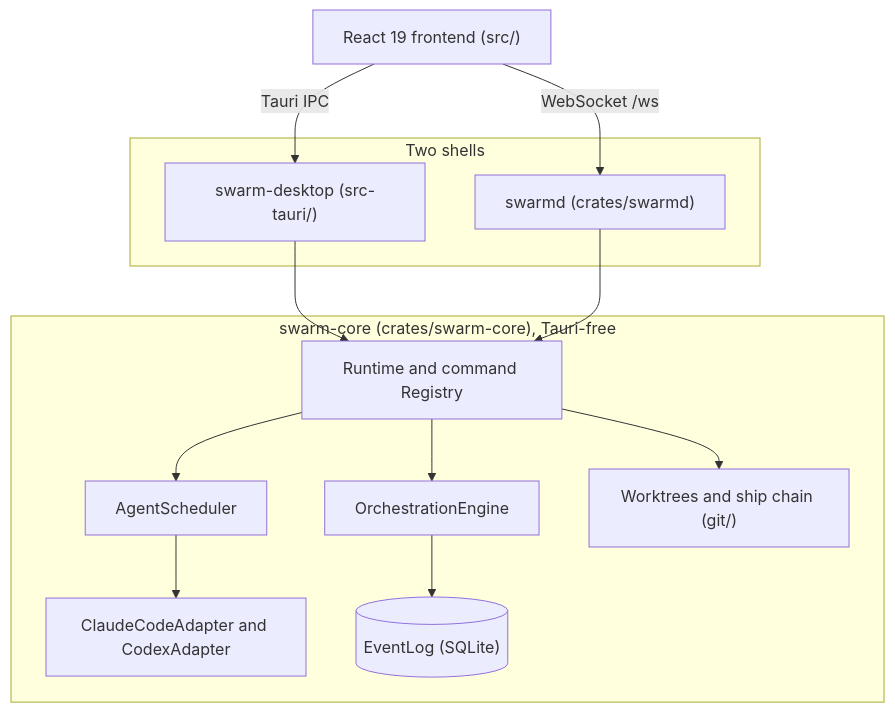
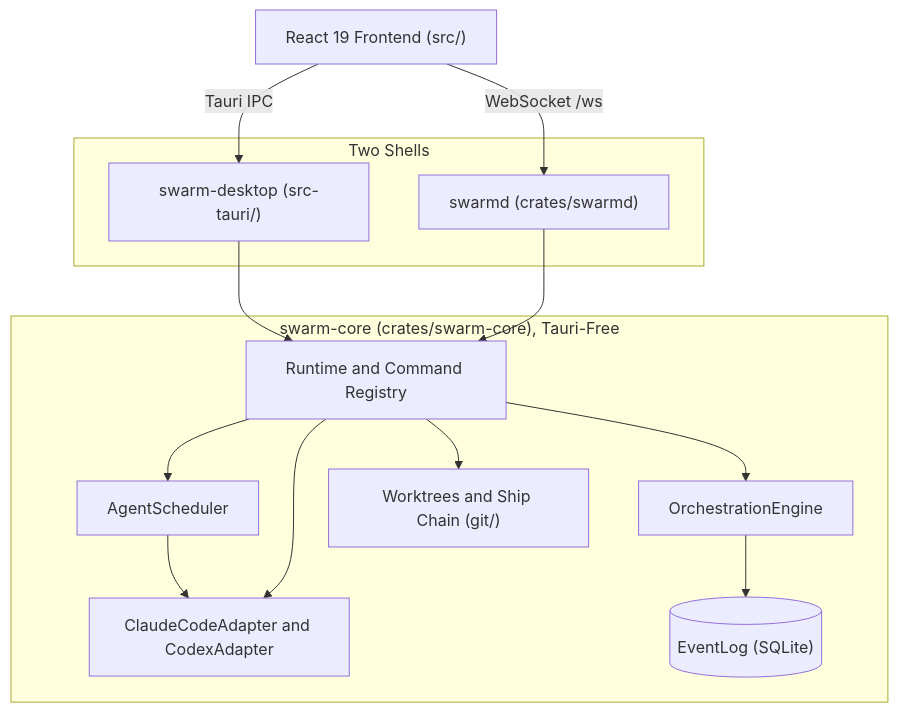
One commit to ABCrimson/Swarm changed the diagram in README.md. Above: the diagram before and after it, drawn with Mermaid. The commit also changed other lines of this file, not shown here.

````diff
--- a/README.md
+++ b/README.md
@@ -41,25 +41,26 @@
 ```mermaid
 flowchart TB
-    FE["React 19 frontend (src/)"]
-    subgraph shells["Two shells"]
+    FE["React 19 Frontend (src/)"]
+    subgraph shells["Two Shells"]
         DESK["swarm-desktop (src-tauri/)"]
         DAEMON["swarmd (crates/swarmd)"]
     end
-    subgraph core["swarm-core (crates/swarm-core), Tauri-free"]
-        RT["Runtime and command Registry"]
+    subgraph core["swarm-core (crates/swarm-core), Tauri-Free"]
+        RT["Runtime and Command Registry"]
         SCHED["AgentScheduler"]
         PROV["ClaudeCodeAdapter and CodexAdapter"]
         ENG["OrchestrationEngine"]
         LOG[("EventLog (SQLite)")]
-        GIT["Worktrees and ship chain (git/)"]
+        GIT["Worktrees and Ship Chain (git/)"]
     end
     FE -->|"Tauri IPC"| DESK
     FE -->|"WebSocket /ws"| DAEMON
     DESK --> RT
     DAEMON --> RT
     RT --> SCHED
     SCHED --> PROV
+    RT --> PROV
     RT --> ENG
     ENG --> LOG
     RT --> GIT
 ```
````
